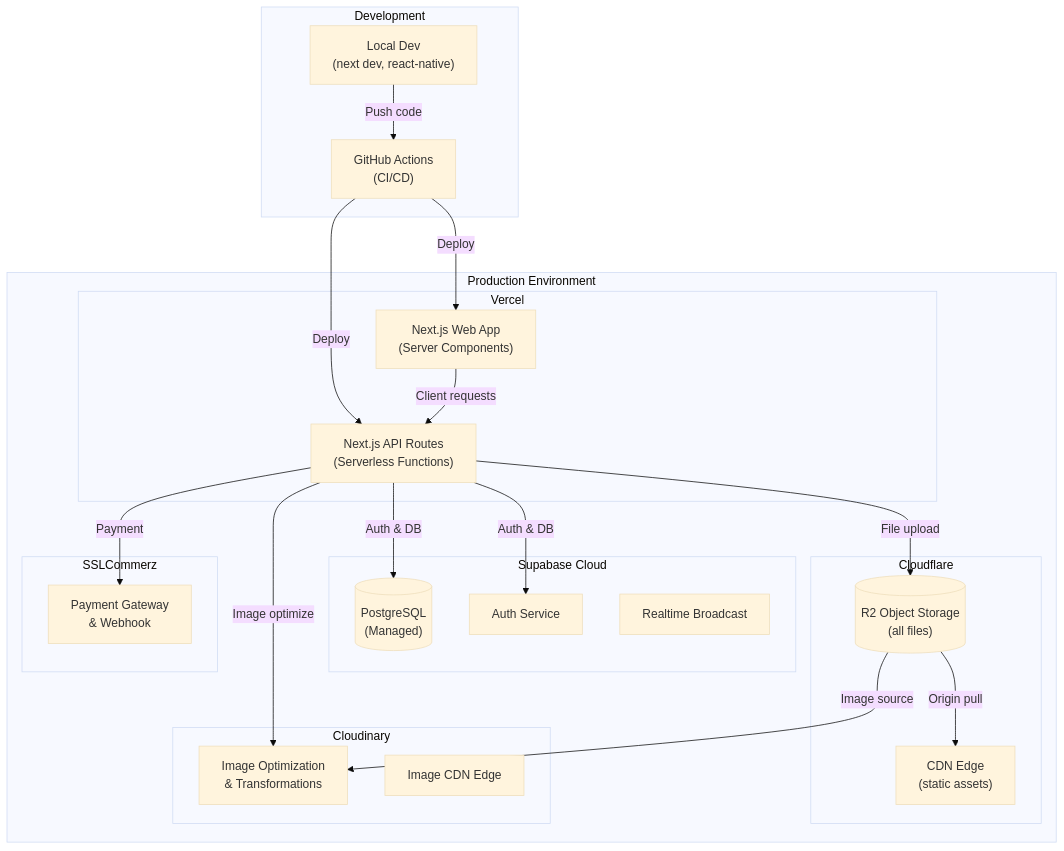
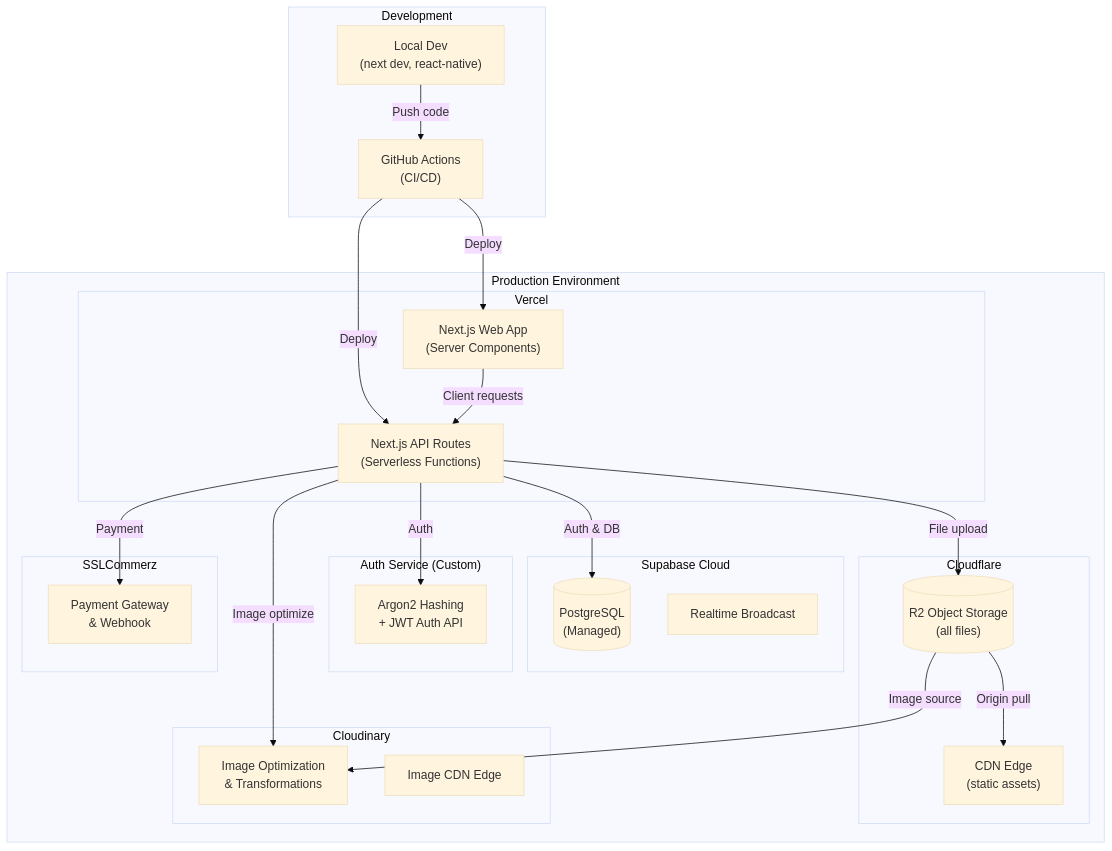
The second of 7 diagrams in readme.md (ahsanulhoqueabir/GigHub), drawn with Mermaid (base theme) before and after one commit. The commit also changed other lines of this file, not shown here.

````diff
--- a/readme.md
+++ b/readme.md
@@ -173,46 +194,49 @@
 ```mermaid
 graph TB
     subgraph "Production Environment"
         subgraph "Vercel"
             NEXT_WEB["Next.js Web App<br/>(Server Components)"]
             NEXT_API["Next.js API Routes<br/>(Serverless Functions)"]
         end
 
         subgraph "Supabase Cloud"
             SB_DB[("PostgreSQL<br/>(Managed)")]
-            SB_AUTH2["Auth Service"]
             SB_RT["Realtime Broadcast"]
+        end
+
+        subgraph "Auth Service (Custom)"
+            AUTH_SVC["Argon2 Hashing<br/>+ JWT Auth API"]
         end
 
         subgraph "Cloudflare"
             R2_BUCKET[("R2 Object Storage<br/>(all files)")]
             CF_EDGE["CDN Edge<br/>(static assets)"]
         end
 
         subgraph "Cloudinary"
             CL_IMG["Image Optimization<br/>& Transformations"]
             CL_CDN["Image CDN Edge"]
         end
 
         subgraph "SSLCommerz"
             SSL_GW["Payment Gateway<br/>& Webhook"]
         end
     end
 
     subgraph "Development"
         DEV_LOCAL["Local Dev<br/>(next dev, react-native)"]
         GH_ACTIONS["GitHub Actions<br/>(CI/CD)"]
     end
 
     DEV_LOCAL -->|Push code| GH_ACTIONS
     GH_ACTIONS -->|Deploy| NEXT_WEB
     GH_ACTIONS -->|Deploy| NEXT_API
     NEXT_API -->|Auth & DB| SB_DB
-    NEXT_API -->|Auth & DB| SB_AUTH2
+    NEXT_API -->|Auth| AUTH_SVC
     NEXT_API -->|File upload| R2_BUCKET
     NEXT_API -->|Image optimize| CL_IMG
     NEXT_API -->|Payment| SSL_GW
     NEXT_WEB -->|Client requests| NEXT_API
     R2_BUCKET -->|Origin pull| CF_EDGE
     R2_BUCKET -->|Image source| CL_IMG
 ```
````
